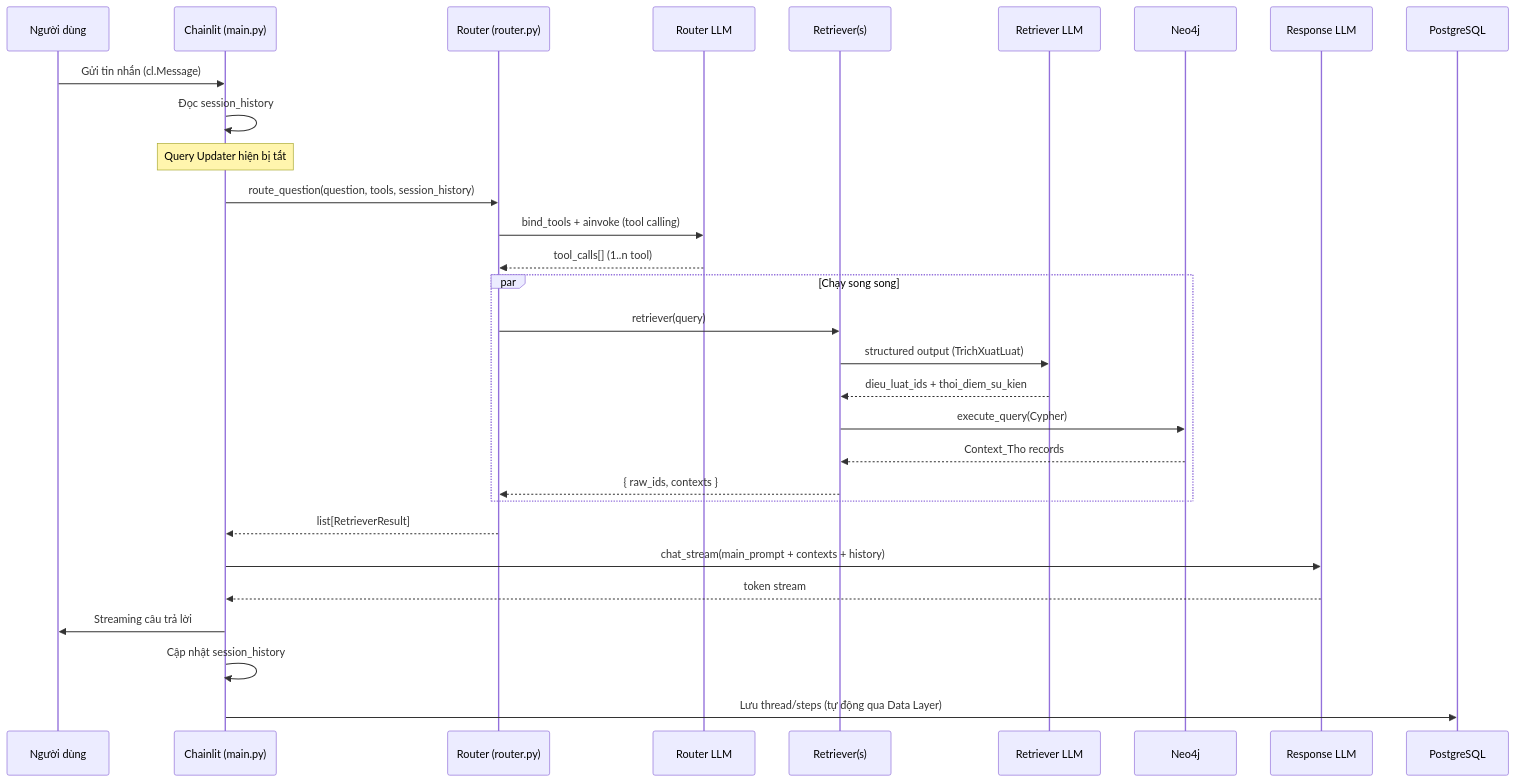
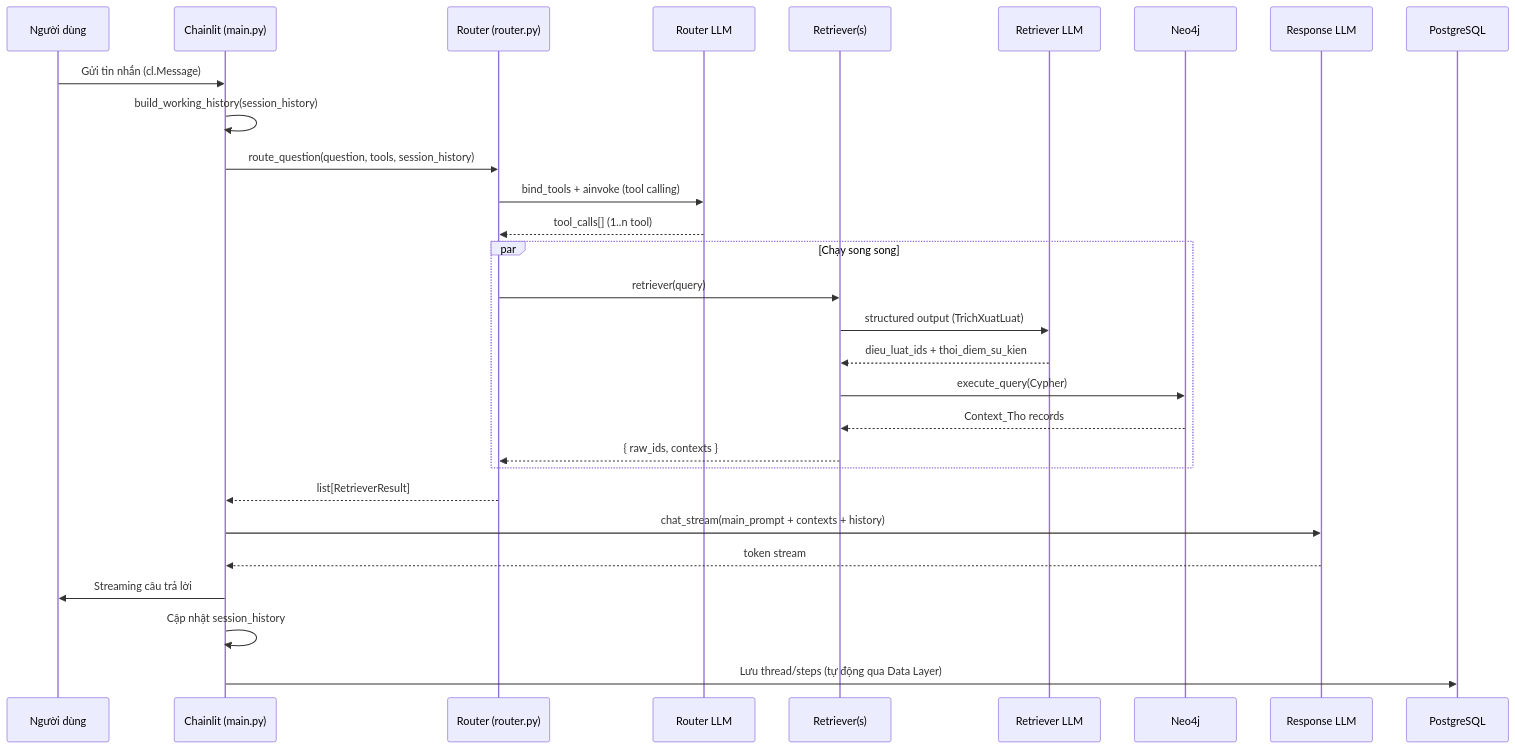
The diagram in integration.md (LyMuc/agentic-graphrag), drawn with Mermaid before and after one commit. The commit also changed other lines of this file and 33 other files, not shown here.

Commit message:
Xóa bỏ hoàn toàn query updater, text2cypher, domain, comparision_llm

````diff
--- a/integration.md
+++ b/integration.md
@@ -40,33 +39,32 @@
 ```mermaid
 sequenceDiagram
     participant U as Người dùng
     participant CL as Chainlit (main.py)
     participant R as Router (router.py)
     participant LLM_R as Router LLM
     participant T as Retriever(s)
     participant LLM_T as Retriever LLM
     participant N4J as Neo4j
     participant LLM_A as Response LLM
     participant PG as PostgreSQL
 
     U->>CL: Gửi tin nhắn (cl.Message)
-    CL->>CL: Đọc session_history
-    Note over CL: Query Updater hiện bị tắt
+    CL->>CL: build_working_history(session_history)
     CL->>R: route_question(question, tools, session_history)
     R->>LLM_R: bind_tools + ainvoke (tool calling)
     LLM_R-->>R: tool_calls[] (1..n tool)
     par Chạy song song
         R->>T: retriever(query)
         T->>LLM_T: structured output (TrichXuatLuat)
         LLM_T-->>T: dieu_luat_ids + thoi_diem_su_kien
         T->>N4J: execute_query(Cypher)
         N4J-->>T: Context_Tho records
         T-->>R: { raw_ids, contexts }
     end
     R-->>CL: list[RetrieverResult]
     CL->>LLM_A: chat_stream(main_prompt + contexts + history)
     LLM_A-->>CL: token stream
     CL->>U: Streaming câu trả lời
     CL->>CL: Cập nhật session_history
     CL->>PG: Lưu thread/steps (tự động qua Data Layer)
 ```
````
